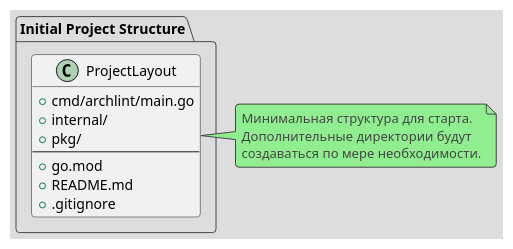
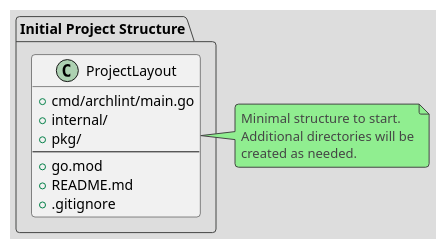
Before and after one commit to mshogin/archlint-reproduction: the diagram in specs/todo/0001-init-project.md, drawn with PlantUML. The commit also changed other lines of this file and 14 other files, not shown here.

````diff
--- a/specs/todo/0001-init-project.md
+++ b/specs/todo/0001-init-project.md
@@ -31,24 +31,24 @@
 ```plantuml
 @startuml spec-0001-model
 !theme toy
 
 package "Initial Project Structure" {
   class ProjectLayout {
     +cmd/archlint/main.go
     +internal/
     +pkg/
     --
     +go.mod
     +README.md
     +.gitignore
   }
 }
 
 note right of ProjectLayout
-  Минимальная структура для старта.
-  Дополнительные директории будут
-  создаваться по мере необходимости.
+  Minimal structure to start.
+  Additional directories will be
+  created as needed.
 end note
 
 @enduml
 ```
````
